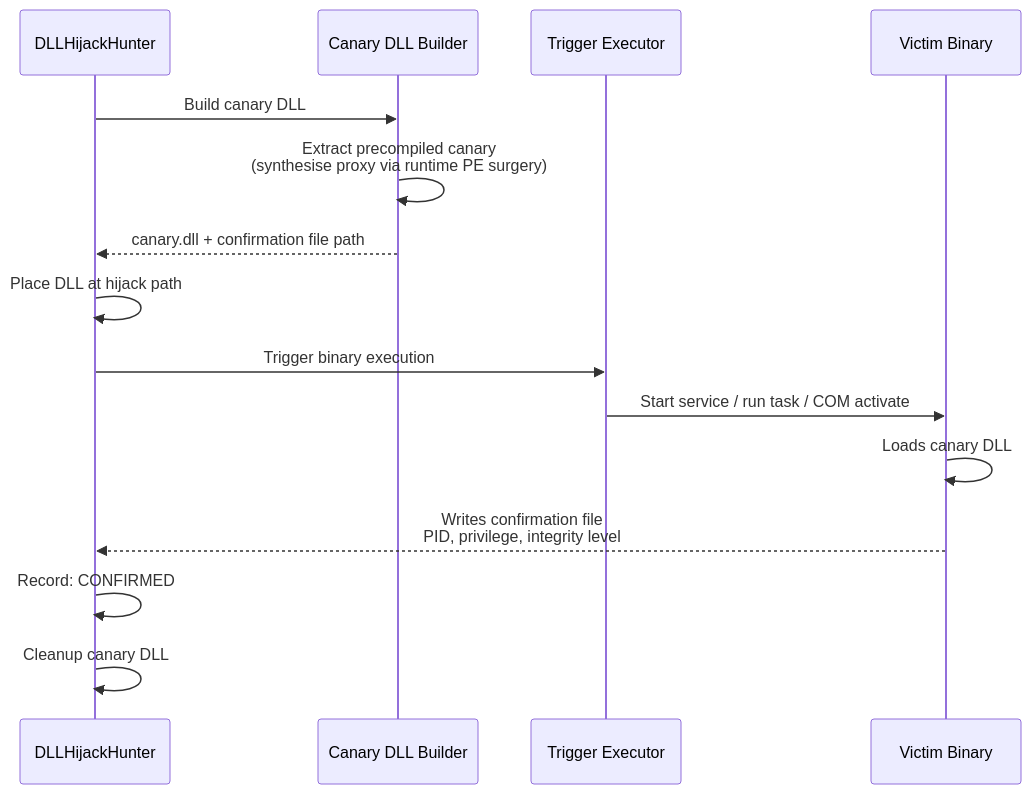
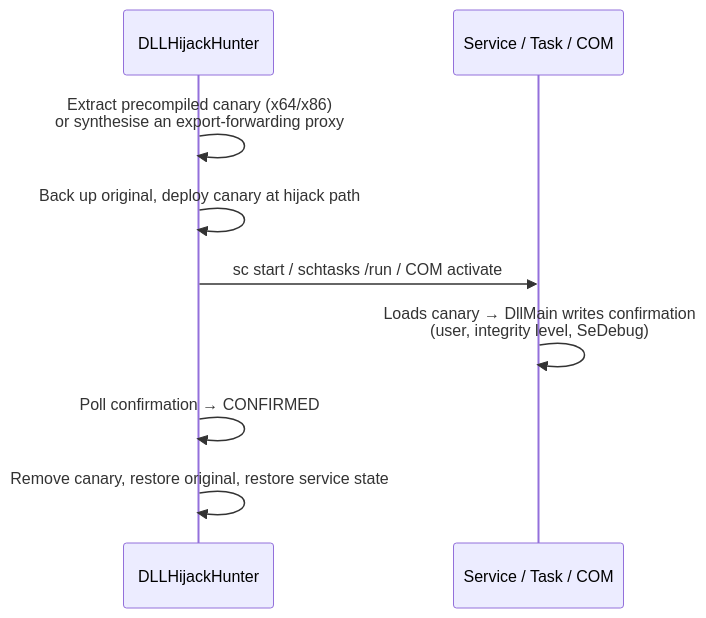
Before and after one commit to projectmerai/DLLHijackHunter: the second of 2 diagrams in README.md, drawn with Mermaid. The commit also changed other lines of this file, not shown here.

````diff
--- a/README.md
+++ b/README.md
@@ -134,18 +181,11 @@
 ```mermaid
 sequenceDiagram
     participant H as DLLHijackHunter
-    participant B as Canary DLL Builder
-    participant T as Trigger Executor
-    participant V as Victim Binary
-
-    H->>B: Build canary DLL
-    B->>B: Extract precompiled canary<br/>(synthesise proxy via runtime PE surgery)
-    B-->>H: canary.dll + confirmation file path
-    H->>H: Place DLL at hijack path
-    H->>T: Trigger binary execution
-    T->>V: Start service / run task / COM activate
-    V->>V: Loads canary DLL
-    V-->>H: Writes confirmation file<br/>PID, privilege, integrity level
-    H->>H: Record: CONFIRMED
-    H->>H: Cleanup canary DLL
+    participant T as Service / Task / COM
+    H->>H: Extract precompiled canary (x64/x86)<br/>or synthesise an export-forwarding proxy
+    H->>H: Back up original, deploy canary at hijack path
+    H->>T: sc start / schtasks /run / COM activate
+    T->>T: Loads canary → DllMain writes confirmation<br/>(user, integrity level, SeDebug)
+    H->>H: Poll confirmation → CONFIRMED
+    H->>H: Remove canary, restore original, restore service state
 ```
````
